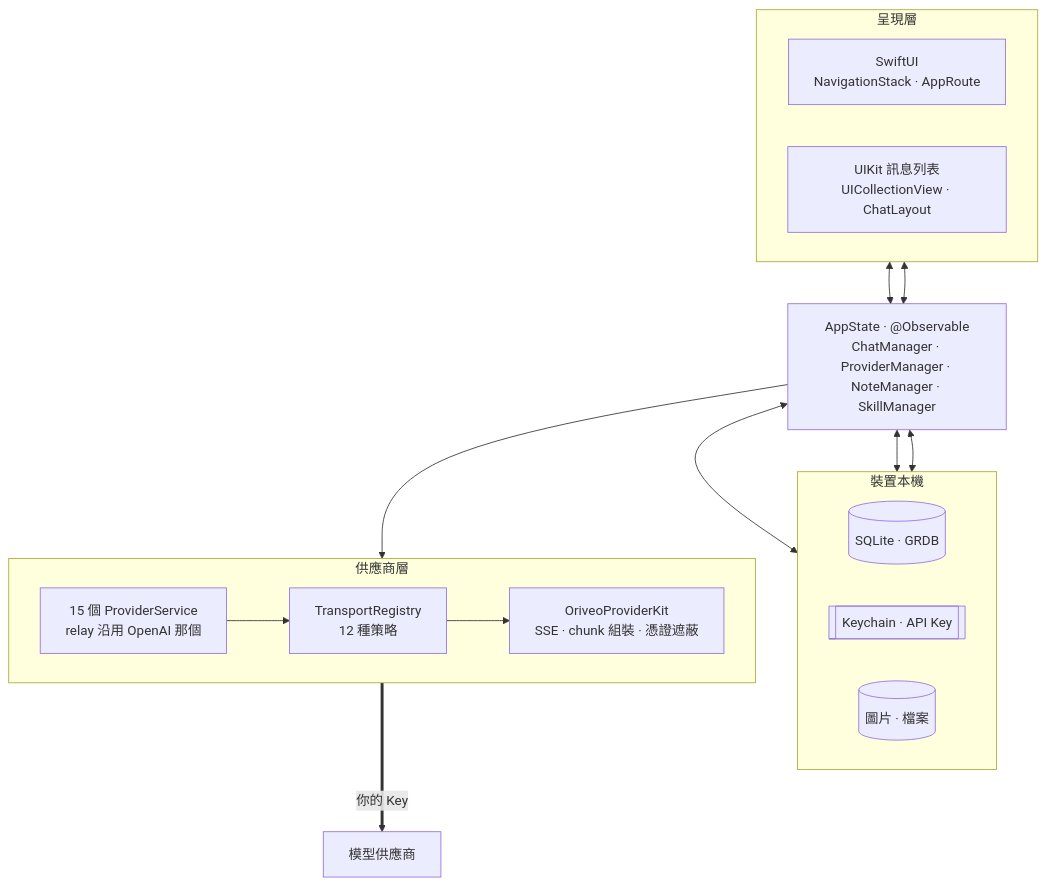
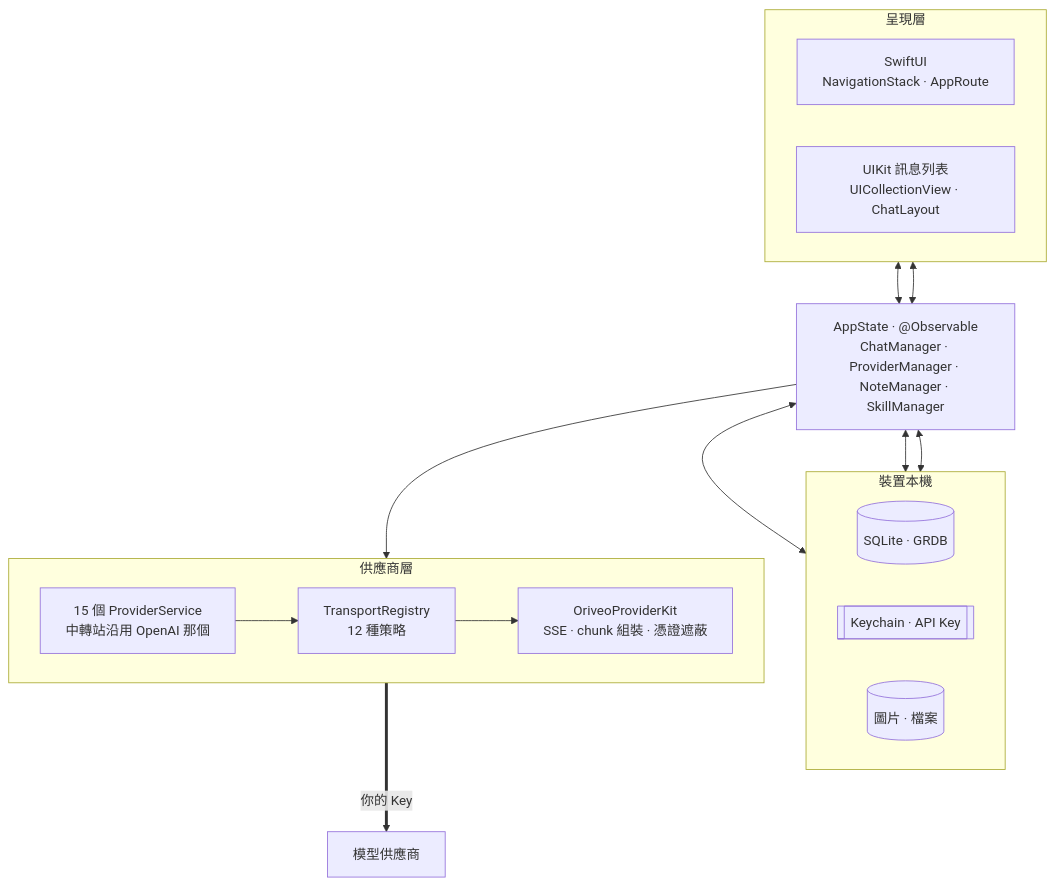
Before and after one commit to oriveo/oriveo: the first of 2 diagrams in readme_i18n/zh-Hant/ios.md, drawn with Mermaid. The commit also changed other lines of this file and 89 other files, not shown here.

````diff
--- a/readme_i18n/zh-Hant/ios.md
+++ b/readme_i18n/zh-Hant/ios.md
@@ -49,30 +49,30 @@
 ```mermaid
 flowchart TB
     subgraph ui ["呈現層"]
         direction LR
         swiftui["SwiftUI<br/>NavigationStack · AppRoute"]
         uikit["UIKit 訊息列表<br/>UICollectionView · ChatLayout"]
     end
 
     appstate["AppState · @Observable<br/>ChatManager · ProviderManager · NoteManager · SkillManager"]
 
     subgraph store ["裝置本機"]
         direction LR
         grdb[("SQLite · GRDB")]
         keychain[["Keychain · API Key"]]
         files[("圖片 · 檔案")]
     end
 
     subgraph provider ["供應商層"]
         direction LR
-        services["15 個 ProviderService<br/>relay 沿用 OpenAI 那個"]
+        services["15 個 ProviderService<br/>中轉站沿用 OpenAI 那個"]
         transports["TransportRegistry<br/>12 種策略"]
         kit["OriveoProviderKit<br/>SSE · chunk 組裝 · 憑證遮蔽"]
     end
 
     swiftui & uikit <--> appstate
     appstate <--> grdb & keychain & files
     appstate --> services
     services --> transports --> kit
     kit ==>|"你的 Key"| up["模型供應商"]
 ```
````
